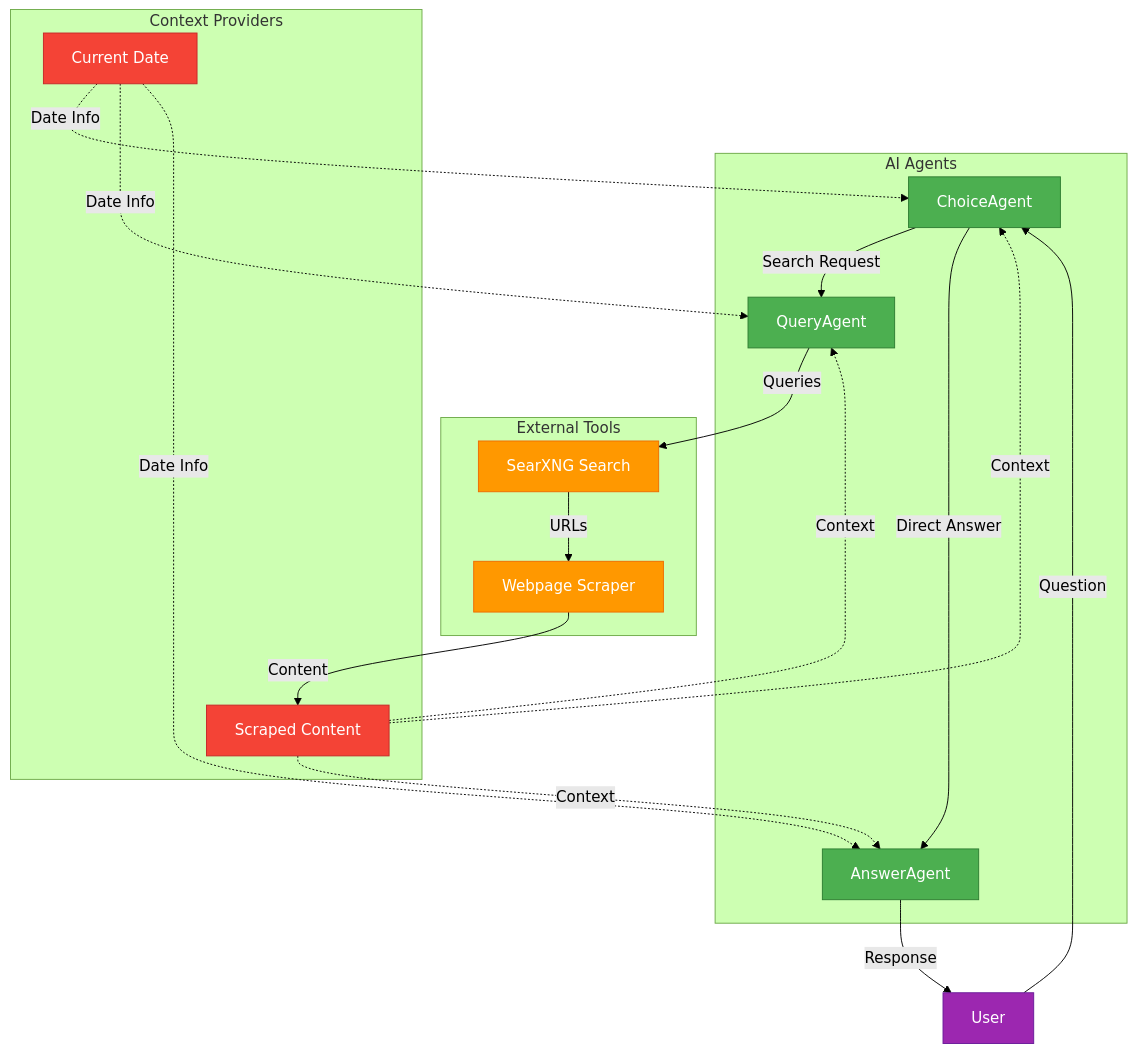
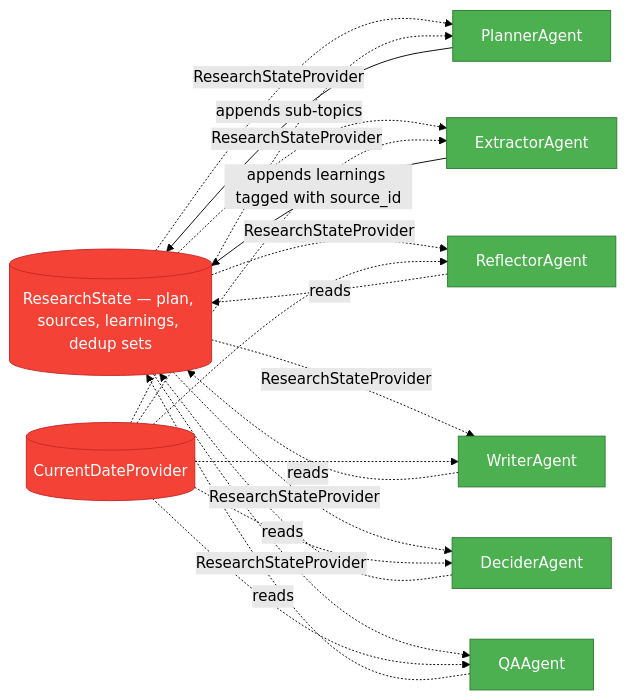
One commit to BrainBlend-AI/atomic-agents changed the third of 3 diagrams in atomic-examples/deep-research/mermaid.md. Above: the diagram before and after it, drawn with Mermaid (forest theme). The commit also changed other lines of this file and 5 other files, not shown here.

````diff
--- a/atomic-examples/deep-research/mermaid.md
+++ b/atomic-examples/deep-research/mermaid.md
@@ -27,42 +47,21 @@
 ```mermaid
-graph TD
-    %% System Architecture Diagram
-    subgraph Agents["AI Agents"]
-        CA[ChoiceAgent]
-        QA[QueryAgent]
-        AA[AnswerAgent]
-    end
+graph LR
+    %% Shared state — every agent reads from / contributes to ResearchState
+    State[(ResearchState — plan, sources, learnings, dedup sets)]
 
-    subgraph Tools["External Tools"]
-        ST[SearXNG Search]
-        WS[Webpage Scraper]
-    end
+    Planner[PlannerAgent] -->|appends sub-topics| State
+    Extractor[ExtractorAgent] -->|appends learnings tagged with source_id| State
+    Reflector[ReflectorAgent] -.->|reads| State
+    Writer[WriterAgent] -.->|reads| State
+    Decider[DeciderAgent] -.->|reads| State
+    QA[QAAgent] -.->|reads| State
 
-    subgraph Context["Context Providers"]
-        SC[Scraped Content]
-        CD[Current Date]
-    end
+    State -. ResearchStateProvider .-> Planner & Extractor & Reflector & Writer & Decider & QA
+    Date[(CurrentDateProvider)] -.-> Planner & Extractor & Reflector & Writer & Decider & QA
 
-    %% Connections
-    User -->|Question| CA
-    CA -->|Search Request| QA
-    QA -->|Queries| ST
-    ST -->|URLs| WS
-    WS -->|Content| SC
-    SC -.->|Context| CA & QA & AA
-    CD -.->|Date Info| CA & QA & AA
-    CA -->|Direct Answer| AA
-    AA -->|Response| User
+    classDef agent fill:#4CAF50,stroke:#2E7D32,color:#fff;
+    classDef state fill:#F44336,stroke:#C62828,color:#fff;
 
-    %% Styling
-    classDef agent fill:#4CAF50,stroke:#2E7D32,color:#fff;
-    classDef tool fill:#FF9800,stroke:#EF6C00,color:#fff;
-    classDef context fill:#F44336,stroke:#C62828,color:#fff;
-    classDef user fill:#9C27B0,stroke:#6A1B9A,color:#fff;
-
-    class CA,QA,AA agent;
-    class ST,WS tool;
-    class SC,CD context;
-    class User user;
-
+    class Planner,Extractor,Reflector,Writer,Decider,QA agent;
+    class State,Date state;
 ```
````
